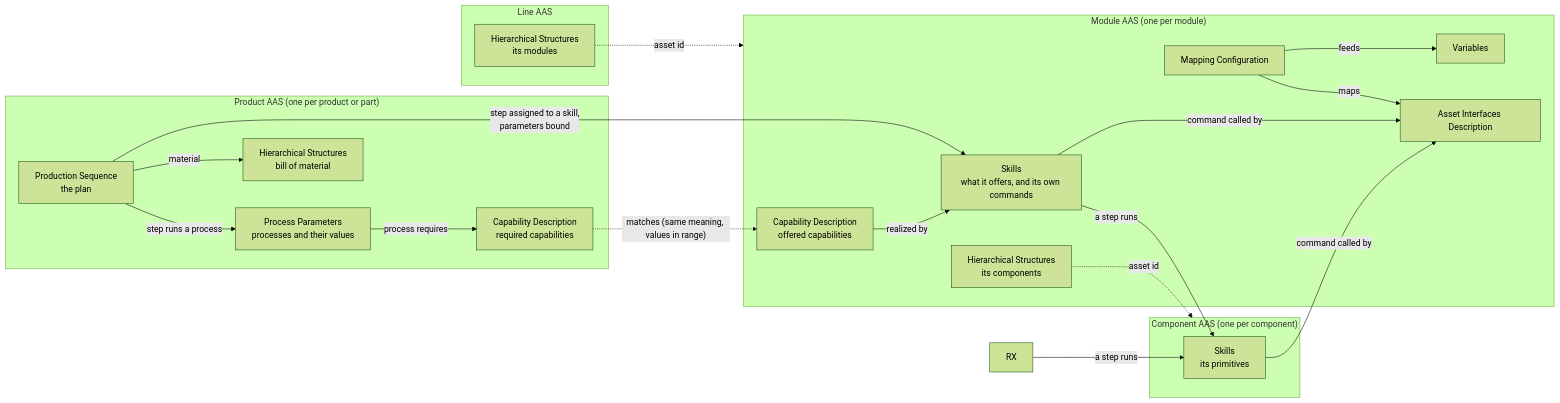
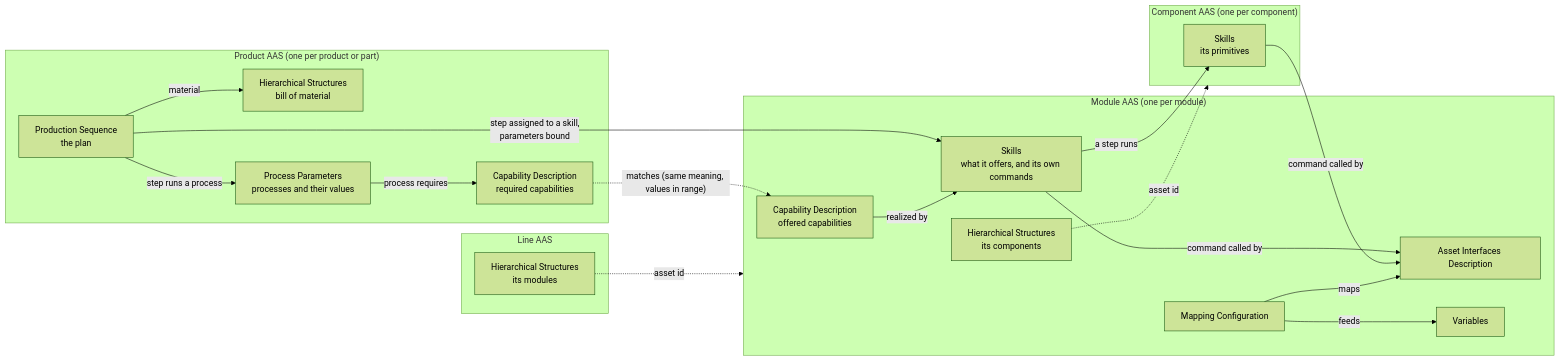
Before and after one commit to AAUSmartProductionLab/iec61499-mgmt-py: the diagram in docs/aas-models.md, drawn with Mermaid (forest theme). The commit also changed other lines of this file and 3 other files, not shown here.

````diff
--- a/docs/aas-models.md
+++ b/docs/aas-models.md
@@ -35,37 +42,36 @@
 ```mermaid
 flowchart LR
   subgraph P["Product AAS (one per product or part)"]
     PB["Hierarchical Structures<br/>bill of material"]
     PP["Process Parameters<br/>processes and their values"]
     PC["Capability Description<br/>required capabilities"]
     PS["Production Sequence<br/>the plan"]
   end
   subgraph R["Module AAS (one per module)"]
     RC["Capability Description<br/>offered capabilities"]
     RS["Skills<br/>what it offers, and its own commands"]
     RI["Asset Interfaces Description"]
     RM["Mapping Configuration"]
     RO["Variables"]
     RH["Hierarchical Structures<br/>its components"]
   end
   subgraph C["Component AAS (one per component)"]
     CS["Skills<br/>its primitives"]
   end
   subgraph L["Line AAS"]
     LH["Hierarchical Structures<br/>its modules"]
   end
   PP -- "process requires" --> PC
   PS -- "step runs a process" --> PP
   PS -- "material" --> PB
   PC -. "matches (same meaning, values in range)" .-> RC
   PS -- "step assigned to a skill,<br/>parameters bound" --> RS
   RC -- "realized by" --> RS
   RS -- "a step runs" --> CS
-  RX -- "a step runs" --> CS
   RS -- "command called by" --> RI
   CS -- "command called by" --> RI
   RM -- "maps" --> RI
   RM -- "feeds" --> RO
   RH -. "asset id" .-> C
   LH -. "asset id" .-> R
 ```
````
